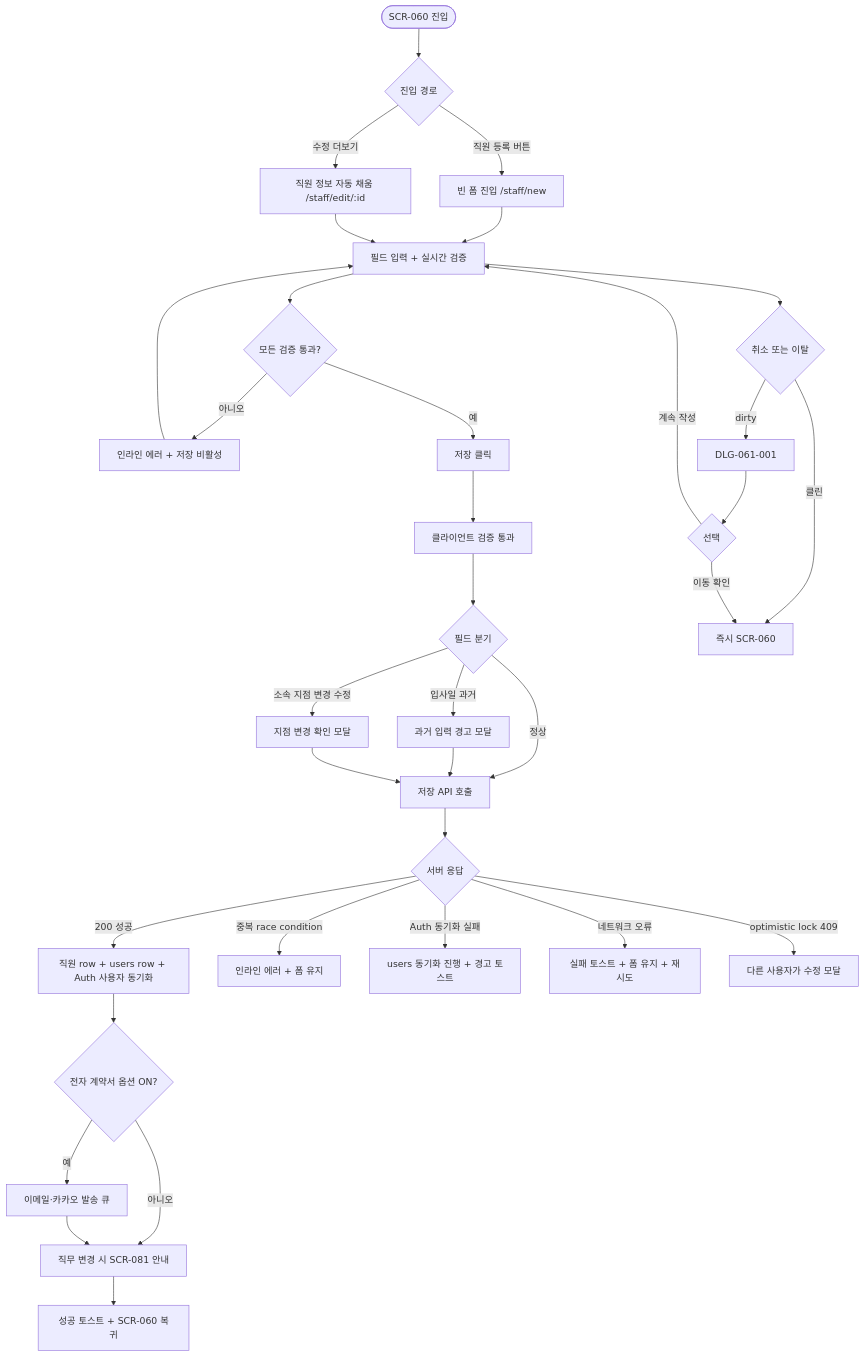
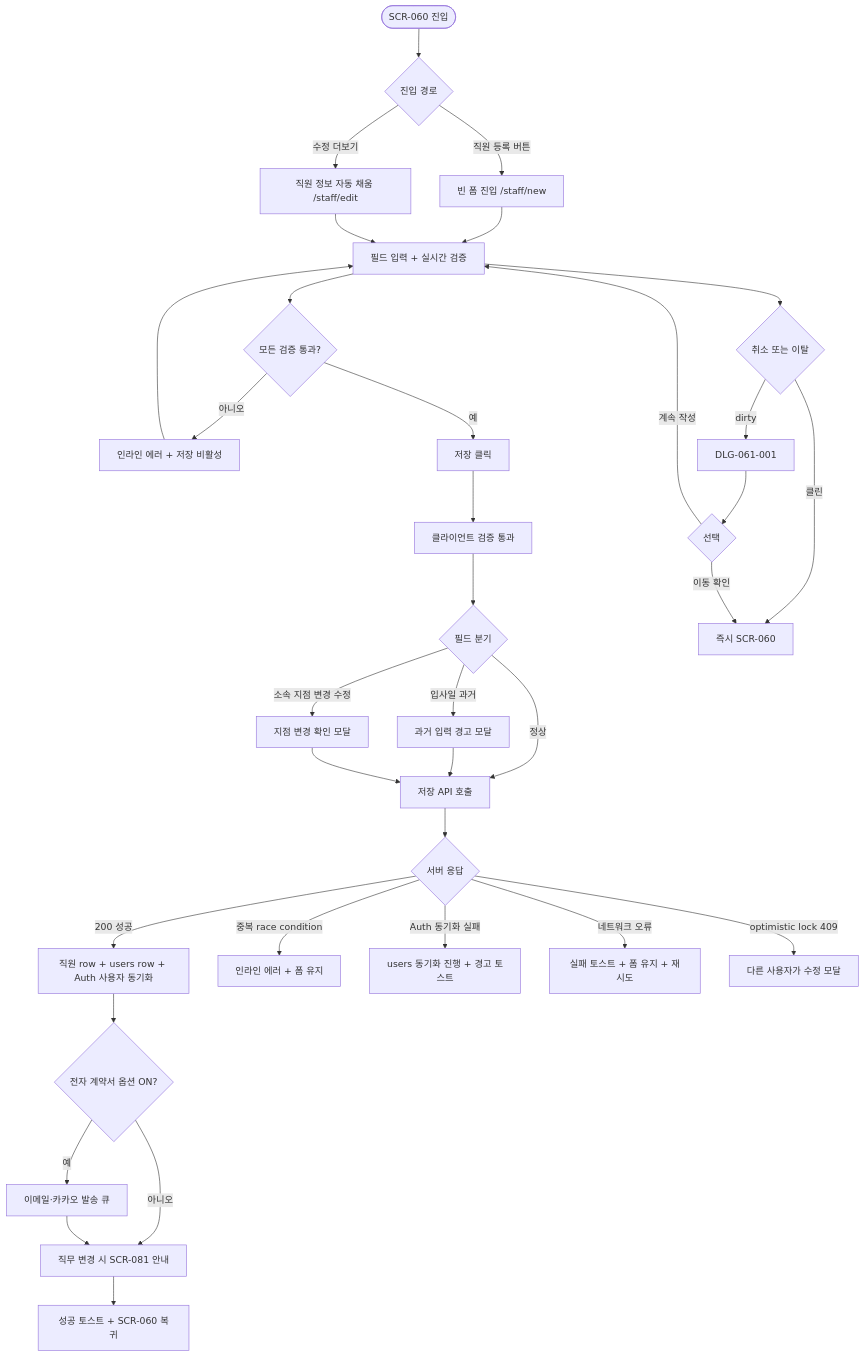
Before and after one commit to dev-spogym/admin-pando: the first of 2 diagrams in docs-domain/D07 직원관리/SCR-061 직원등록수정 페이지/README.md, drawn with Mermaid. The commit also changed other lines of this file and 3 other files, not shown here.

````diff
--- a/docs-domain/D07 직원관리/SCR-061 직원등록수정 페이지/README.md
+++ b/docs-domain/D07 직원관리/SCR-061 직원등록수정 페이지/README.md
@@ -242,36 +242,36 @@
 ```mermaid
 flowchart TD
     A([SCR-060 진입]) --> B{진입 경로}
     B -->|직원 등록 버튼| C[빈 폼 진입 /staff/new]
-    B -->|수정 더보기| D[직원 정보 자동 채움 /staff/edit/:id]
+    B -->|수정 더보기| D[직원 정보 자동 채움 /staff/edit]
     C --> E[필드 입력 + 실시간 검증]
     D --> E
     E --> F{모든 검증 통과?}
     F -->|아니오| G[인라인 에러 + 저장 비활성]
     G --> E
     F -->|예| H[저장 클릭]
     H --> I[클라이언트 검증 통과]
     I --> J{필드 분기}
     J -->|입사일 과거| K[과거 입력 경고 모달]
     J -->|소속 지점 변경 수정| L[지점 변경 확인 모달]
     J -->|정상| M[저장 API 호출]
     K --> M
     L --> M
     M --> N{서버 응답}
     N -->|200 성공| O[직원 row + users row + Auth 사용자 동기화]
     O --> P{전자 계약서 옵션 ON?}
     P -->|예| Q[이메일·카카오 발송 큐]
     P -->|아니오| R[직무 변경 시 SCR-081 안내]
     Q --> R
     R --> S[성공 토스트 + SCR-060 복귀]
     N -->|중복 race condition| T[인라인 에러 + 폼 유지]
     N -->|Auth 동기화 실패| U[users 동기화 진행 + 경고 토스트]
     N -->|네트워크 오류| V[실패 토스트 + 폼 유지 + 재시도]
     N -->|optimistic lock 409| W["다른 사용자가 수정" 모달]
     E --> X{취소 또는 이탈}
     X -->|dirty| Y[DLG-061-001]
     X -->|클린| Z[즉시 SCR-060]
     Y --> AA{선택}
     AA -->|계속 작성| E
     AA -->|이동 확인| Z
 ```
````
